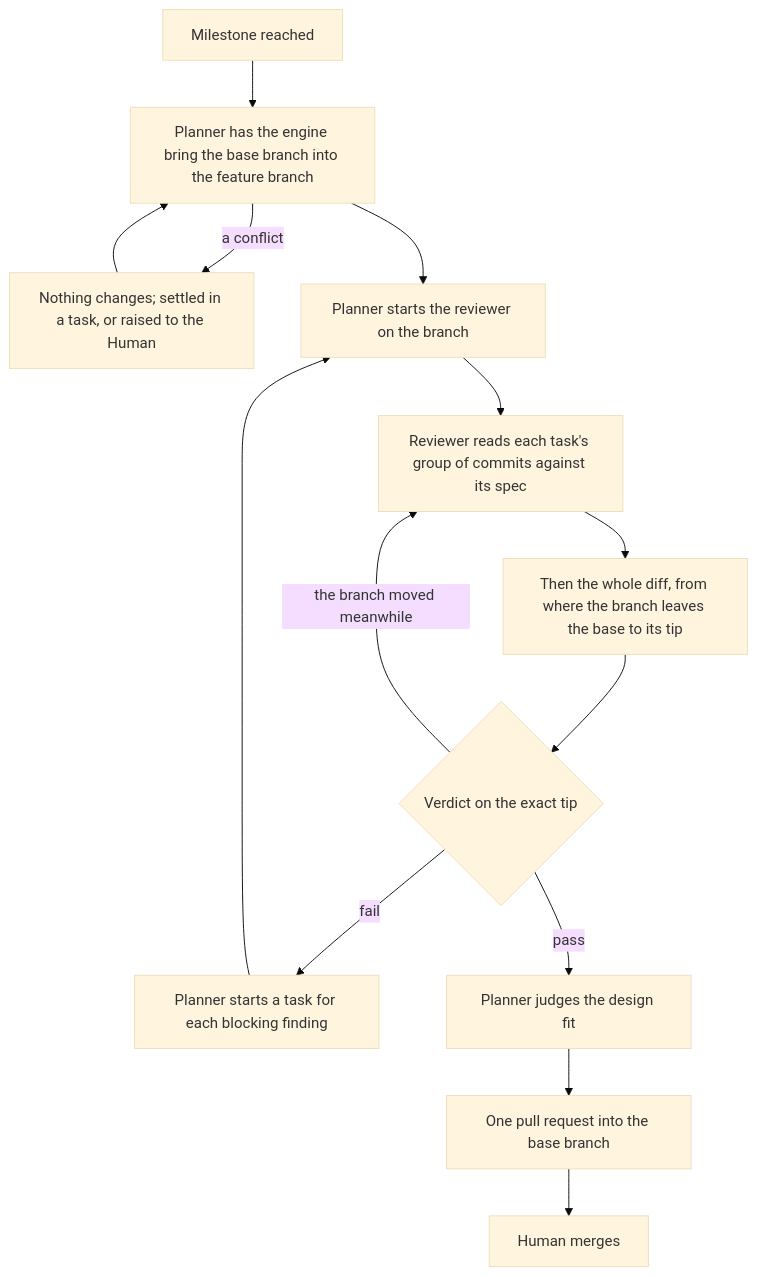
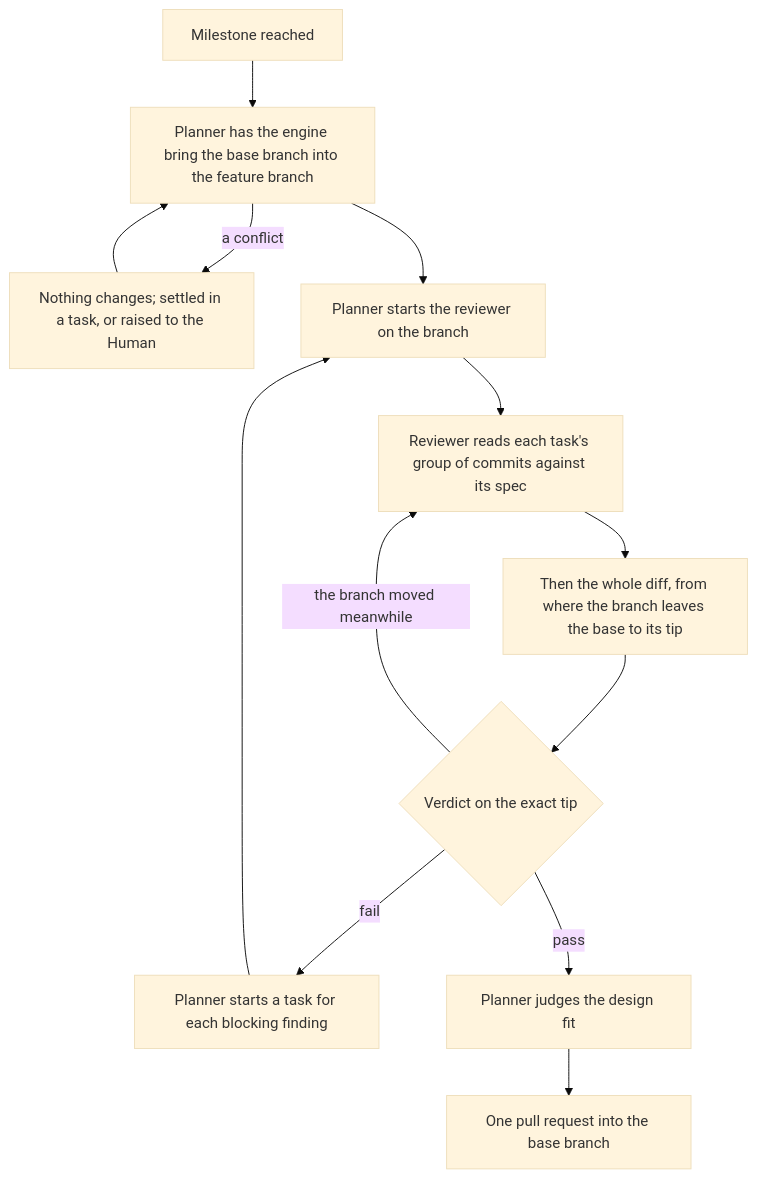
Before and after one commit to trustmybot/tmb: the fifth of 8 diagrams in docs/flows/3_WORKFLOW.md, drawn with Mermaid (base theme). The commit also changed other lines of this file and 26 other files, not shown here.

First line of the commit message:
📝 docs: shorten every page to its own area, split the two schemas into detail pages

````diff
--- a/docs/flows/3_WORKFLOW.md
+++ b/docs/flows/3_WORKFLOW.md
@@ -169,16 +121,15 @@
 ```mermaid
 flowchart TD
     A[Milestone reached] --> B[Planner has the engine bring the base branch into the feature branch]
     B -- a conflict --> BH[Nothing changes; settled in a task, or raised to the Human]
     BH --> B
     B --> D[Planner starts the reviewer on the branch]
     D --> E["Reviewer reads each task's group of commits against its spec"]
     E --> W[Then the whole diff, from where the branch leaves the base to its tip]
     W --> F{Verdict on the exact tip}
     F -- "the branch moved meanwhile" --> E
     F -- fail --> H[Planner starts a task for each blocking finding]
     H --> D
     F -- pass --> J[Planner judges the design fit]
     J --> P[One pull request into the base branch]
-    P --> M[Human merges]
 ```
````
